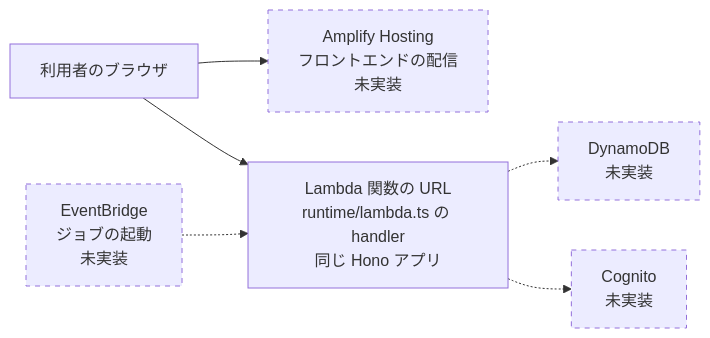
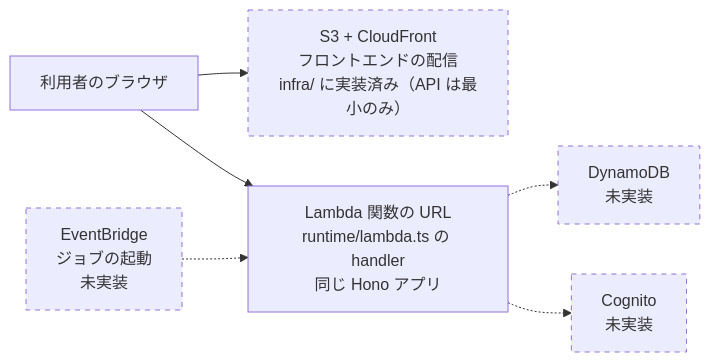
One commit to NS-APU/smart-farm-monitoring changed the tenth of 46 diagrams in docs/10_design/architecture/as-built.md. Above: the diagram before and after it, drawn with Mermaid. The commit also changed other lines of this file and 8 other files, not shown here.

````diff
--- a/docs/10_design/architecture/as-built.md
+++ b/docs/10_design/architecture/as-built.md
@@ -1009,18 +1011,18 @@
 ```mermaid
 flowchart LR
   USER["利用者のブラウザ"]
-  HOST["Amplify Hosting<br>フロントエンドの配信<br>未実装"]
+  HOST["S3 + CloudFront<br>フロントエンドの配信<br>infra/ に実装済み（API は最小のみ）"]
   LAM["Lambda 関数の URL<br>runtime/lambda.ts の handler<br>同じ Hono アプリ"]
   EB["EventBridge<br>ジョブの起動<br>未実装"]
   DDB["DynamoDB<br>未実装"]
   COG["Cognito<br>未実装"]
 
   USER --> HOST
   USER --> LAM
   EB -.-> LAM
   LAM -.-> DDB
   LAM -.-> COG
 
   classDef todo stroke-dasharray: 5 5
   class HOST,EB,DDB,COG todo
 ```
````
